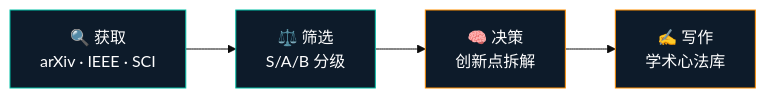
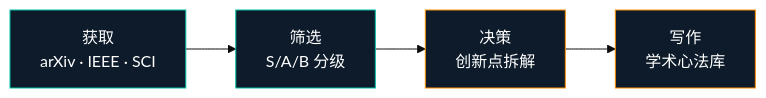
One commit to Destined-at-Dawn/research-daily changed the second of 2 diagrams in README.md. Above: the diagram before and after it, drawn with Mermaid (base theme). The commit also changed other lines of this file and 136 other files, not shown here.

````diff
--- a/README.md
+++ b/README.md
@@ -84,10 +84,10 @@
 ```mermaid
 graph LR
-    A["🔍 获取<br/>arXiv · IEEE · SCI"] --> B["⚖️ 筛选<br/>S/A/B 分级"]
-    B --> C["🧠 决策<br/>创新点拆解"]
-    C --> D["✍️ 写作<br/>学术心法库"]
+    A[" 获取<br/>arXiv · IEEE · SCI"] --> B[" 筛选<br/>S/A/B 分级"]
+    B --> C[" 决策<br/>创新点拆解"]
+    C --> D[" 写作<br/>学术心法库"]
     style A fill:#0D1B2A,stroke:#00BFA5,color:#fff
     style B fill:#0D1B2A,stroke:#00BFA5,color:#fff
     style C fill:#0D1B2A,stroke:#FF8F00,color:#fff
     style D fill:#0D1B2A,stroke:#FF8F00,color:#fff
 ```
````
